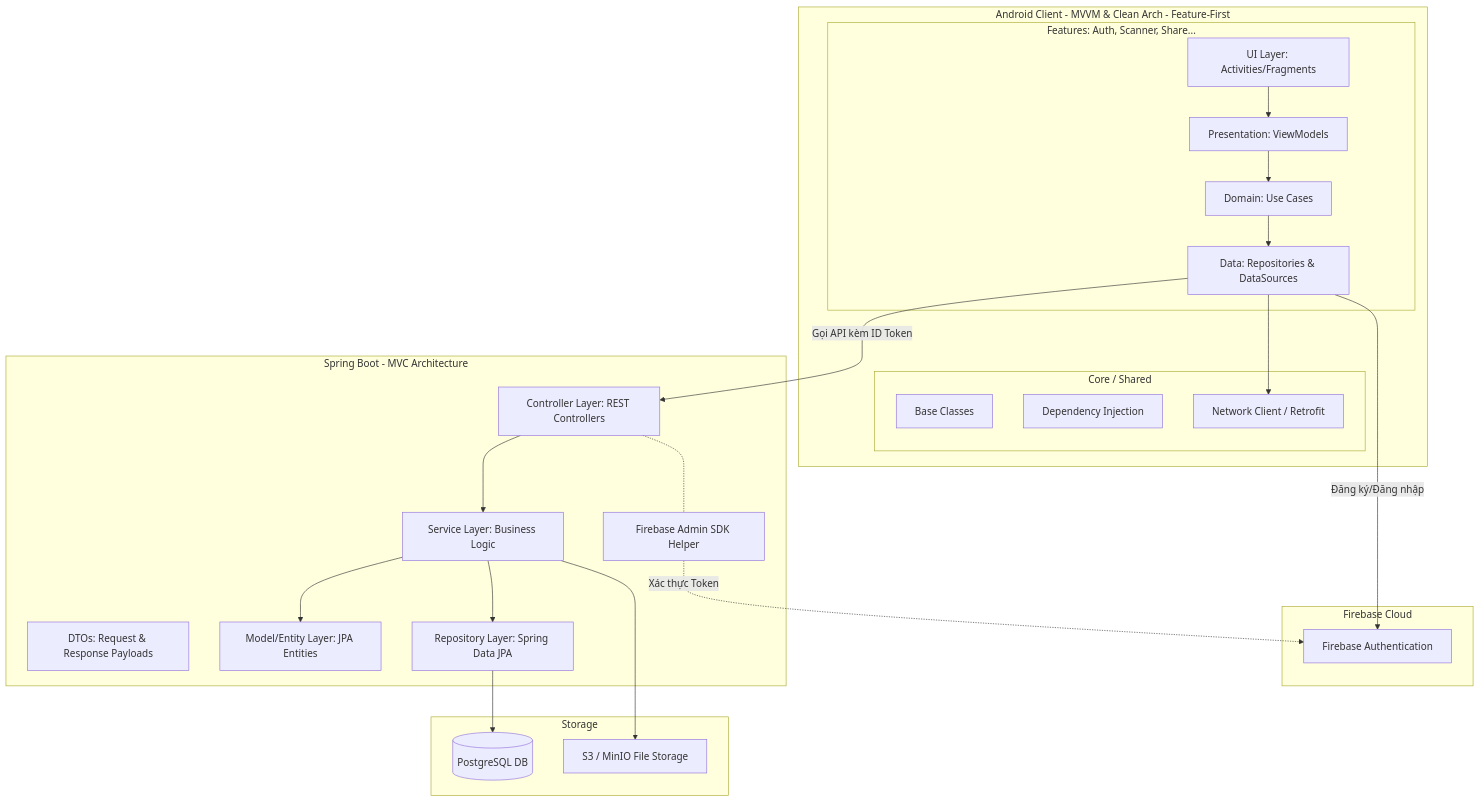
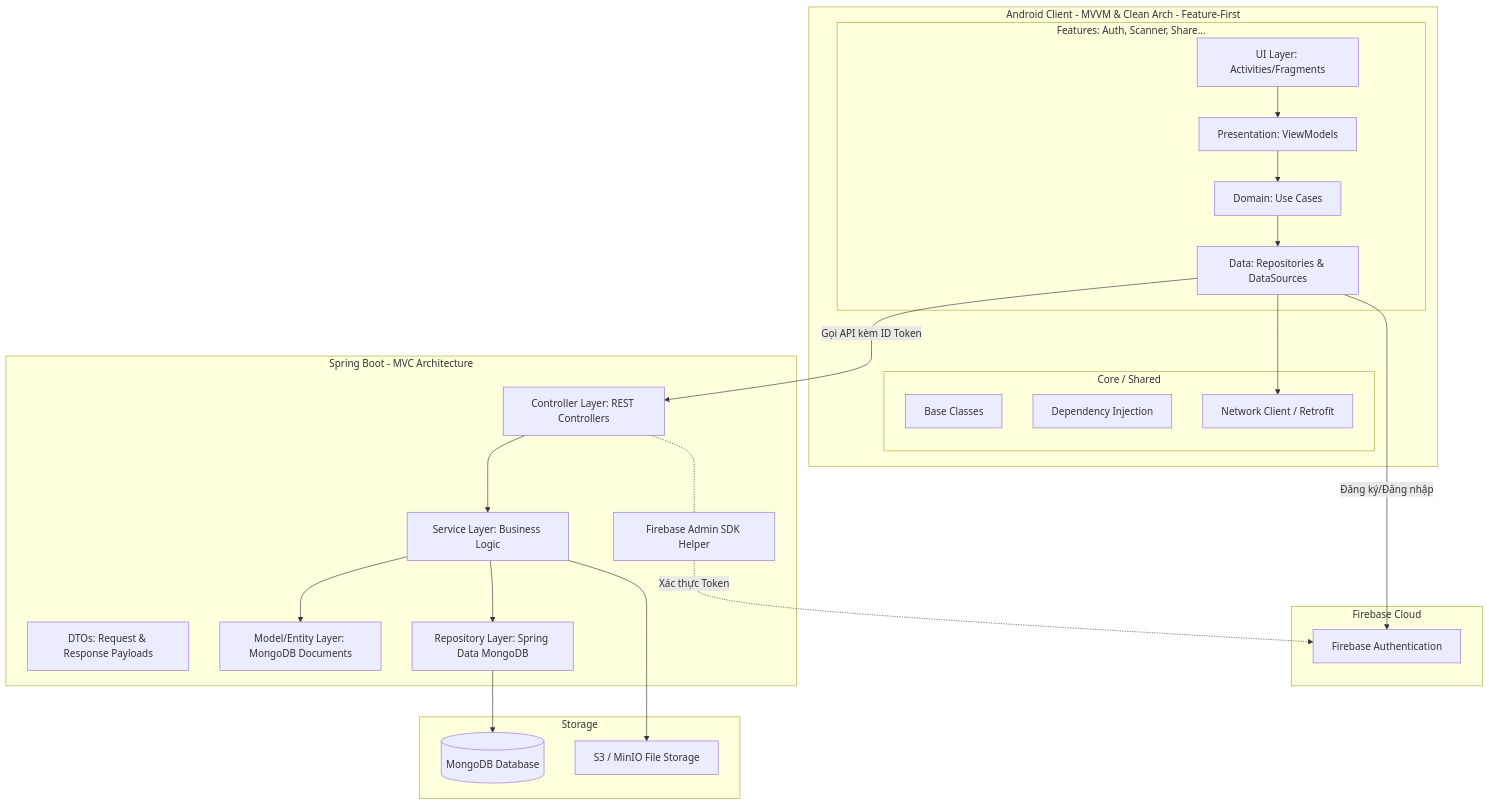
Before and after one commit to vthiet/ScanLinkApi: the first of 3 diagrams in docs/Software_Design_Description.md, drawn with Mermaid. The commit also changed other lines of this file and 1 other file, not shown here.

````diff
--- a/docs/Software_Design_Description.md
+++ b/docs/Software_Design_Description.md
@@ -46,50 +48,50 @@
 ```mermaid
 graph TD
     subgraph Client [Android Client - MVVM & Clean Arch - Feature-First]
         subgraph Core_Module [Core / Shared]
             BASE[Base Classes]
             DI_HILT[Dependency Injection]
             NET_CL[Network Client / Retrofit]
         end
         subgraph Features [Features: Auth, Scanner, Share...]
             UI[UI Layer: Activities/Fragments]
             VM[Presentation: ViewModels]
             UC[Domain: Use Cases]
             REPO[Data: Repositories & DataSources]
         end
         UI --> VM
         VM --> UC
         UC --> REPO
         REPO --> NET_CL
     end
 
     subgraph Firebase_Cloud [Firebase Cloud]
         FB_Auth[Firebase Authentication]
     end
 
     subgraph Backend [Spring Boot - MVC Architecture]
         CTRL[Controller Layer: REST Controllers]
         DTO[DTOs: Request & Response Payloads]
         SERV[Service Layer: Business Logic]
-        ENT[Model/Entity Layer: JPA Entities]
-        DB_REPO[Repository Layer: Spring Data JPA]
+        ENT[Model/Entity Layer: MongoDB Documents]
+        DB_REPO[Repository Layer: Spring Data MongoDB]
         FB_ADMIN[Firebase Admin SDK Helper]
 
         CTRL --> SERV
         SERV --> ENT
         SERV --> DB_REPO
         CTRL -.- FB_ADMIN
     end
 
     subgraph Storage
-        DB[(PostgreSQL DB)]
+        DB[(MongoDB Database)]
         S3[S3 / MinIO File Storage]
     end
 
     REPO -- "Đăng ký/Đăng nhập" --> FB_Auth
     REPO -- "Gọi API kèm ID Token" --> CTRL
     FB_ADMIN -."Xác thực Token".-> FB_Auth
     DB_REPO --> DB
     SERV --> S3
 
 ```
````
